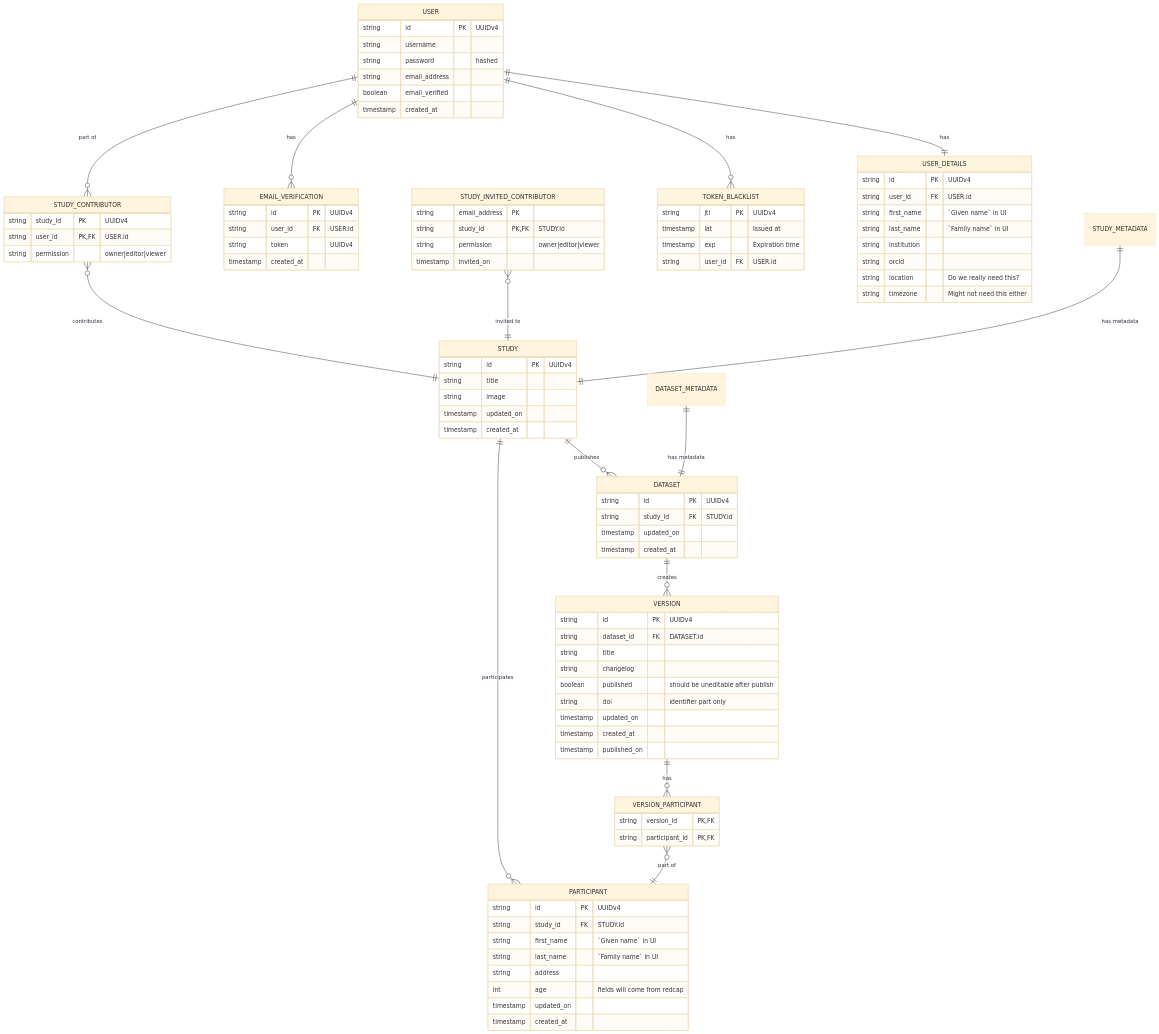
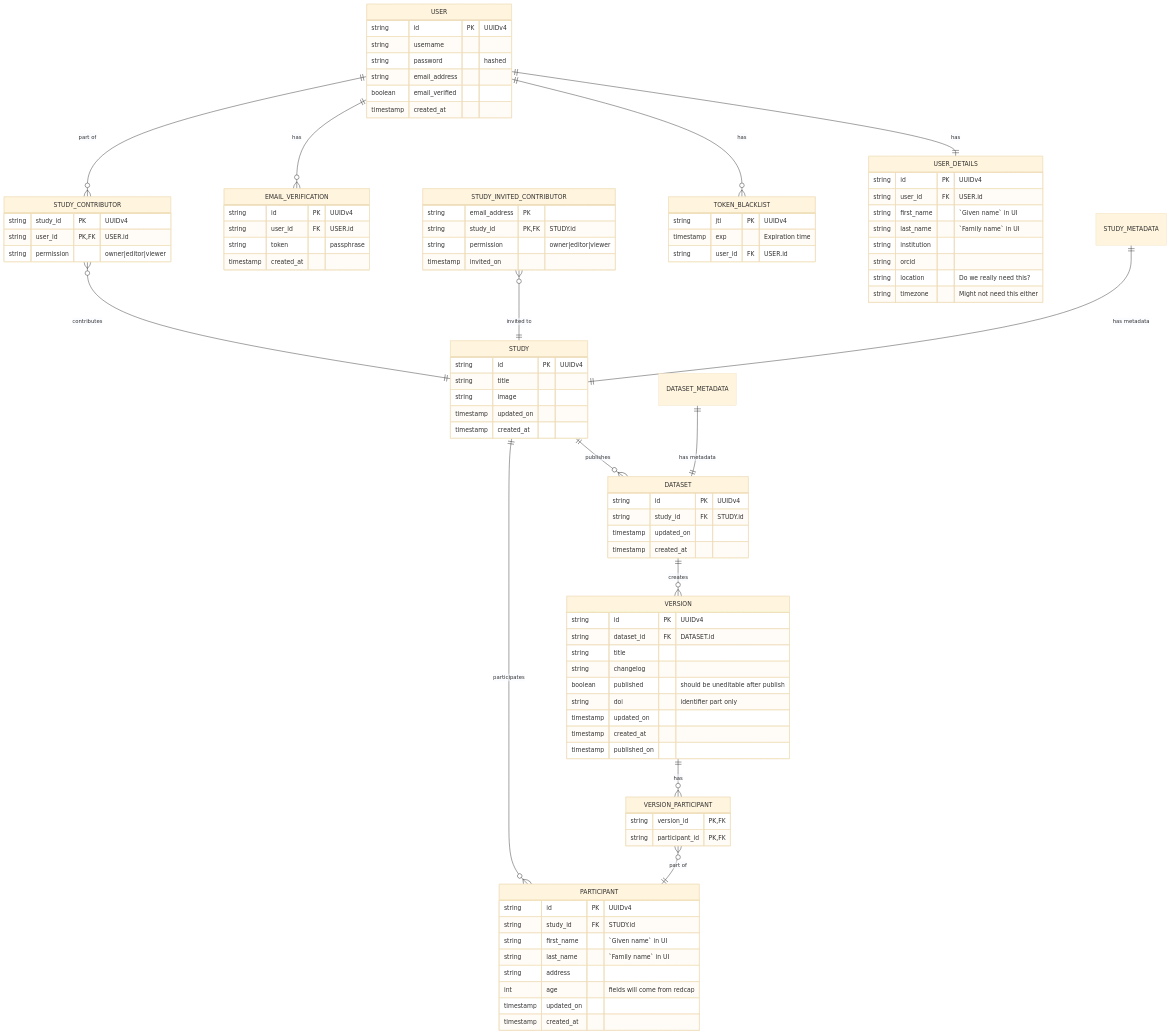
One commit to AI-READI/fairhub-app changed the diagram in mermaid/mmd/er.mmd. Above: the diagram before and after it, drawn with Mermaid (base theme). The commit also changed 7 other files, not shown here.

```diff
--- a/mermaid/mmd/er.mmd
+++ b/mermaid/mmd/er.mmd
@@ -1,111 +1,110 @@
 erDiagram
     STUDY {
         string id PK "UUIDv4"
         string title
         string image
         timestamp updated_on
         timestamp created_at
     }
 
     USER {
         string id PK "UUIDv4"
         string username
         string password "hashed"
         string email_address
         boolean email_verified 
         timestamp created_at
     }
 
     USER_DETAILS {
         string id PK "UUIDv4"
         string user_id FK "USER.id"
         string first_name "`Given name` in UI"
         string last_name "`Family name` in UI"
         string institution
         string orcid
         string location "Do we really need this?"
         string timezone "Might not need this either"
     }
 
     STUDY_CONTRIBUTOR {
         string study_id PK "UUIDv4"
         string user_id PK,FK "USER.id"
         string permission "owner|editor|viewer"
     }
 
     STUDY_INVITED_CONTRIBUTOR {
         string email_address PK
         string study_id PK,FK "STUDY.id"
         string permission "owner|editor|viewer"
         timestamp invited_on
     }
 
     PARTICIPANT {
         string id PK "UUIDv4"
         string study_id FK "STUDY.id"
         string first_name "`Given name` in UI"
         string last_name "`Family name` in UI"
         string address
         int age "fields will come from redcap"
         timestamp updated_on
         timestamp created_at
     }
 
     DATASET {
         string id PK "UUIDv4"
         string study_id FK "STUDY.id"
         timestamp updated_on
         timestamp created_at
     }
 
     VERSION {
         string id PK "UUIDv4"
         string dataset_id FK "DATASET.id"
         string title
         string changelog
         boolean published "should be uneditable after publish"
         string doi "identifier part only"
         timestamp updated_on
         timestamp created_at
         timestamp published_on
     }
 
      VERSION_PARTICIPANT {
         string version_id PK,FK
         string participant_id PK,FK
     }
 
     TOKEN_BLACKLIST {
         string jti PK "UUIDv4"
-        timestamp iat "Issued at"
         timestamp exp "Expiration time"
         string user_id FK "USER.id"
     }
 
     EMAIL_VERIFICATION {
         string id PK "UUIDv4"
         string user_id FK "USER.id"
-        string token "UUIDv4"
+        string token "passphrase"
         timestamp created_at
     }
 
 
     STUDY_CONTRIBUTOR }o--|| STUDY : contributes
     STUDY_INVITED_CONTRIBUTOR }o--|| STUDY : "invited to"
     STUDY_METADATA ||--|| STUDY : "has metadata"
 
     STUDY ||--o{ DATASET : publishes
 
     DATASET_METADATA ||--|| DATASET : "has metadata"
 
     DATASET ||--o{ VERSION : creates
 
     USER ||--|| USER_DETAILS : "has"
     USER ||--o{ TOKEN_BLACKLIST : "has"
 
     USER ||--o{ EMAIL_VERIFICATION : "has"
 
     USER ||--o{ STUDY_CONTRIBUTOR : "part of"
     PARTICIPANT }o--|| STUDY : participates
     VERSION ||--o{ VERSION_PARTICIPANT : has
     VERSION_PARTICIPANT }o--|| PARTICIPANT : "part of"
```
